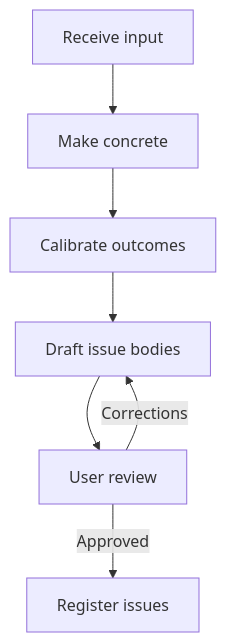
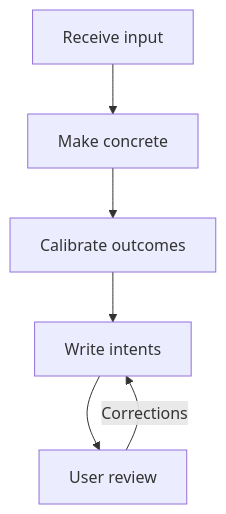
One commit to adeonir/agent-skills changed the diagram in skills/engineering/to-intent/README.md. Above: the diagram before and after it, drawn with Mermaid. The commit also changed other lines of this file and 2 other files, not shown here.

Commit message:
feat(to-intent): save intents as local files instead of tracker issues

````diff
--- a/skills/engineering/to-intent/README.md
+++ b/skills/engineering/to-intent/README.md
@@ -7,9 +7,8 @@
 ```mermaid
 flowchart TD
     A[Receive input] --> B[Make concrete]
     B --> C[Calibrate outcomes]
-    C --> D[Draft issue bodies]
+    C --> D[Write intents]
     D --> E[User review]
     E -->|Corrections| D
-    E -->|Approved| F[Register issues]
 ```
````
